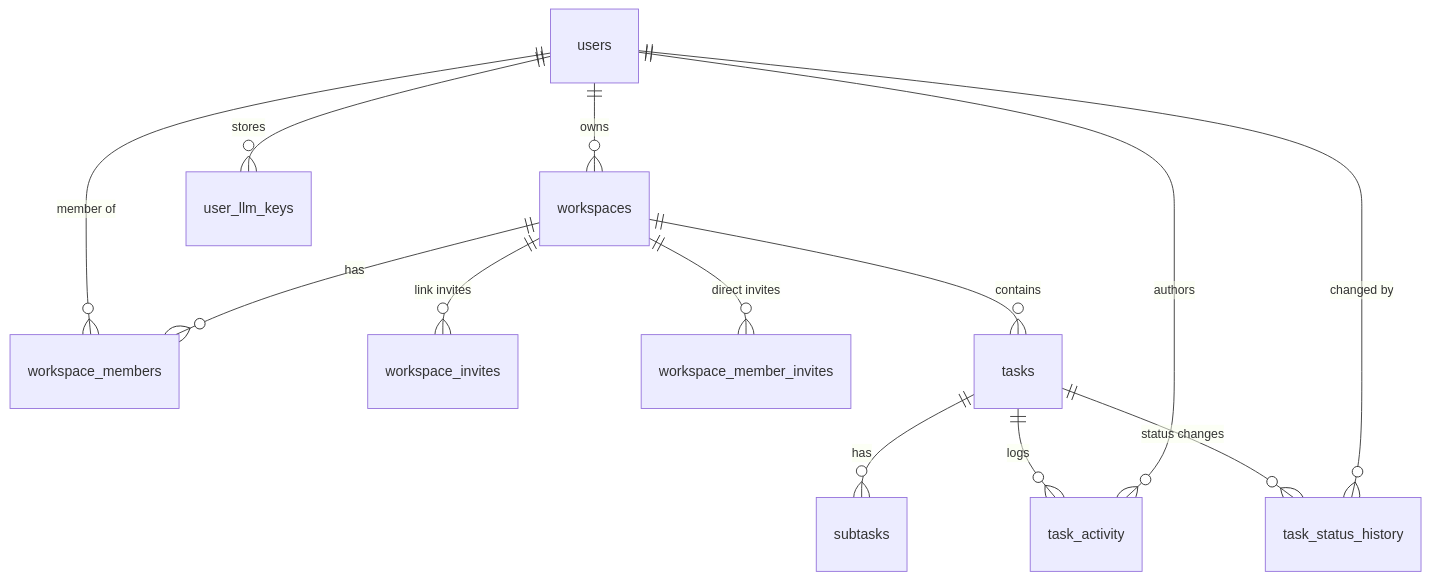
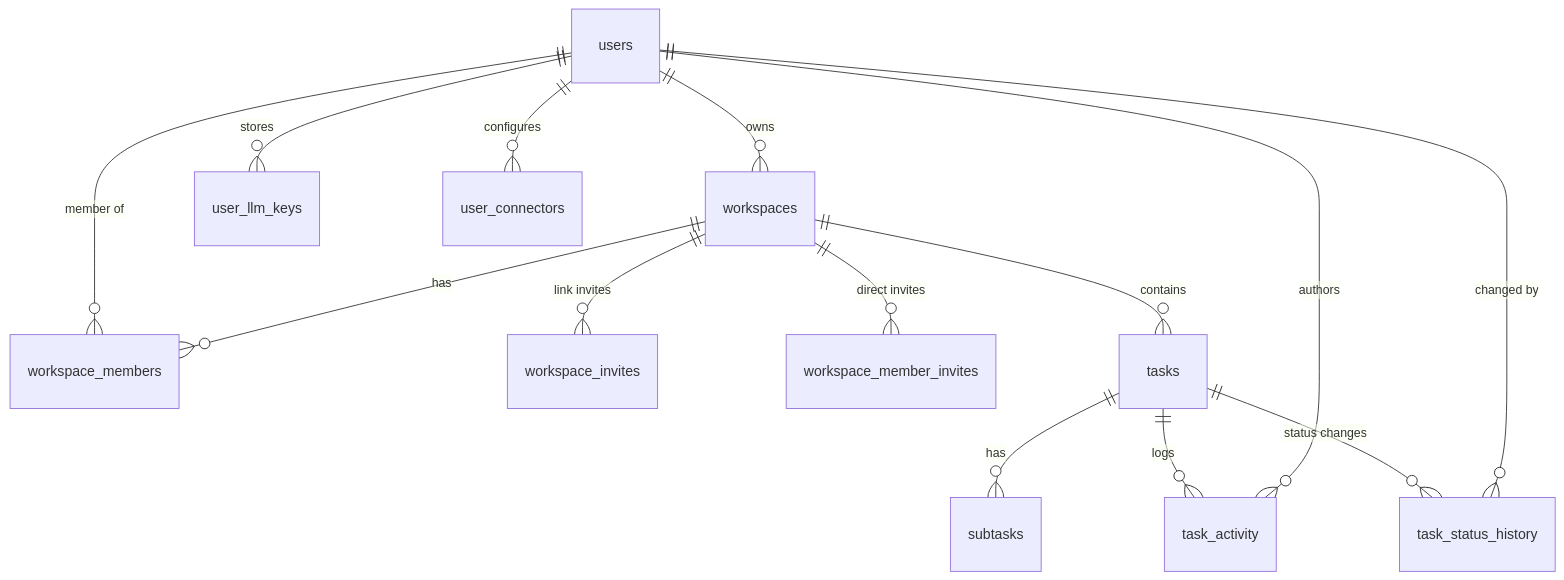
Before and after one commit to Shadowgraph-1/project-K: the first of 3 diagrams in README.md, drawn with Mermaid. The commit also changed other lines of this file and 124 other files, not shown here.

````diff
--- a/README.md
+++ b/README.md
@@ -175,15 +194,16 @@
 ```mermaid
 erDiagram
   users ||--o{ workspaces : owns
   users ||--o{ workspace_members : "member of"
   workspaces ||--o{ workspace_members : has
   workspaces ||--o{ workspace_invites : "link invites"
   workspaces ||--o{ workspace_member_invites : "direct invites"
   workspaces ||--o{ tasks : contains
   tasks ||--o{ subtasks : has
   tasks ||--o{ task_activity : logs
   tasks ||--o{ task_status_history : "status changes"
   users ||--o{ task_activity : authors
   users ||--o{ task_status_history : "changed by"
   users ||--o{ user_llm_keys : stores
+  users ||--o{ user_connectors : configures
 ```
````
